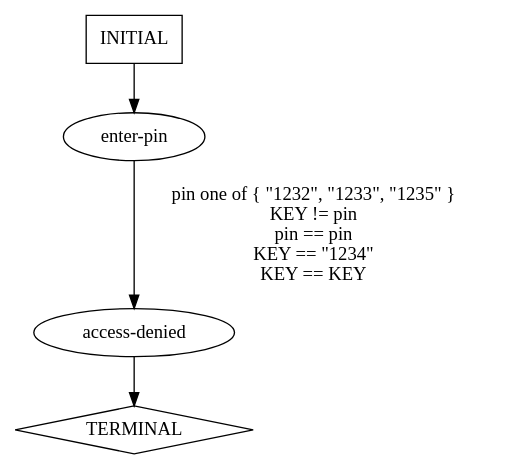
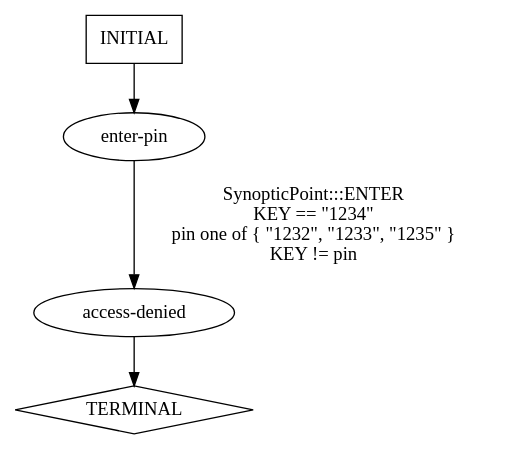
The diagram in traces/abstract/verify-pin/predicted-paths/verify-pin-test13.dot (ModelInference/synoptic), drawn with Graphviz before and after one commit. The commit also changed 73 other files, not shown here.

```diff
--- a/traces/abstract/verify-pin/predicted-paths/verify-pin-test13.dot
+++ b/traces/abstract/verify-pin/predicted-paths/verify-pin-test13.dot
@@ -1,9 +1,9 @@
 digraph {
   0 [label="access-denied"];
   1 [label="enter-pin"];
   2 [label="TERMINAL",shape=diamond];
   3 [label="INITIAL",shape=box];
 0->2 [label="",];
-1->0 [label="pin one of { \"1232\", \"1233\", \"1235\" }\nKEY != pin\npin == pin\nKEY == \"1234\"\nKEY == KEY",];
+1->0 [label="SynopticPoint:::ENTER\nKEY == \"1234\"\npin one of { \"1232\", \"1233\", \"1235\" }\nKEY != pin\n",];
 3->1 [label="",];
 } // digraph {
```
